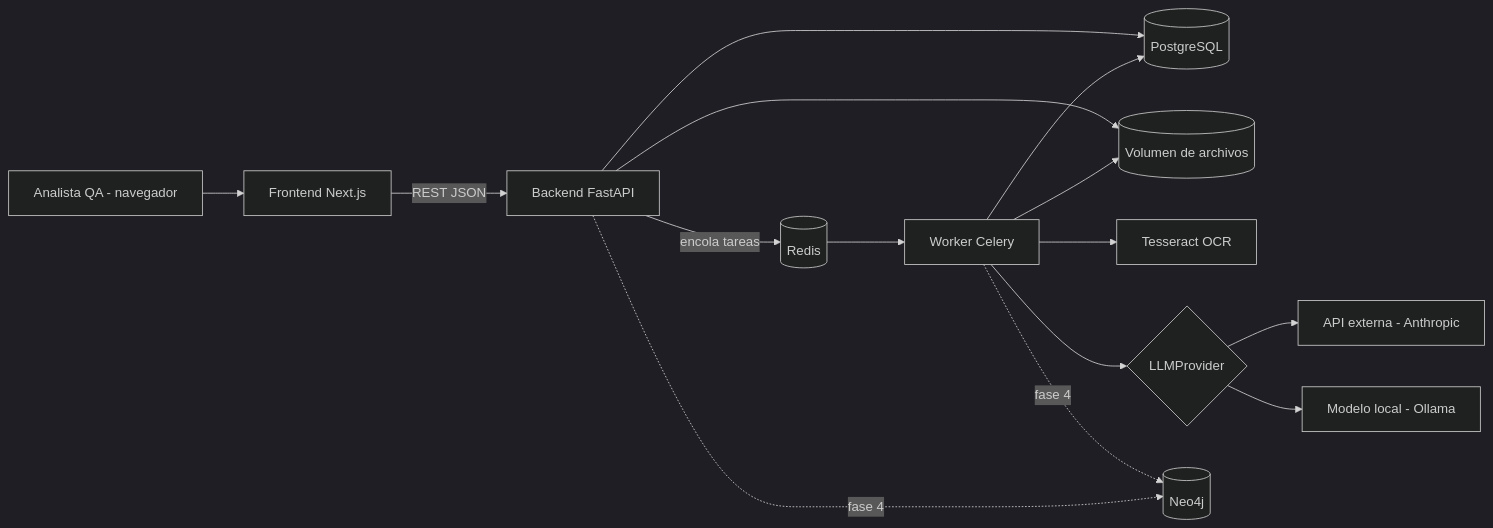
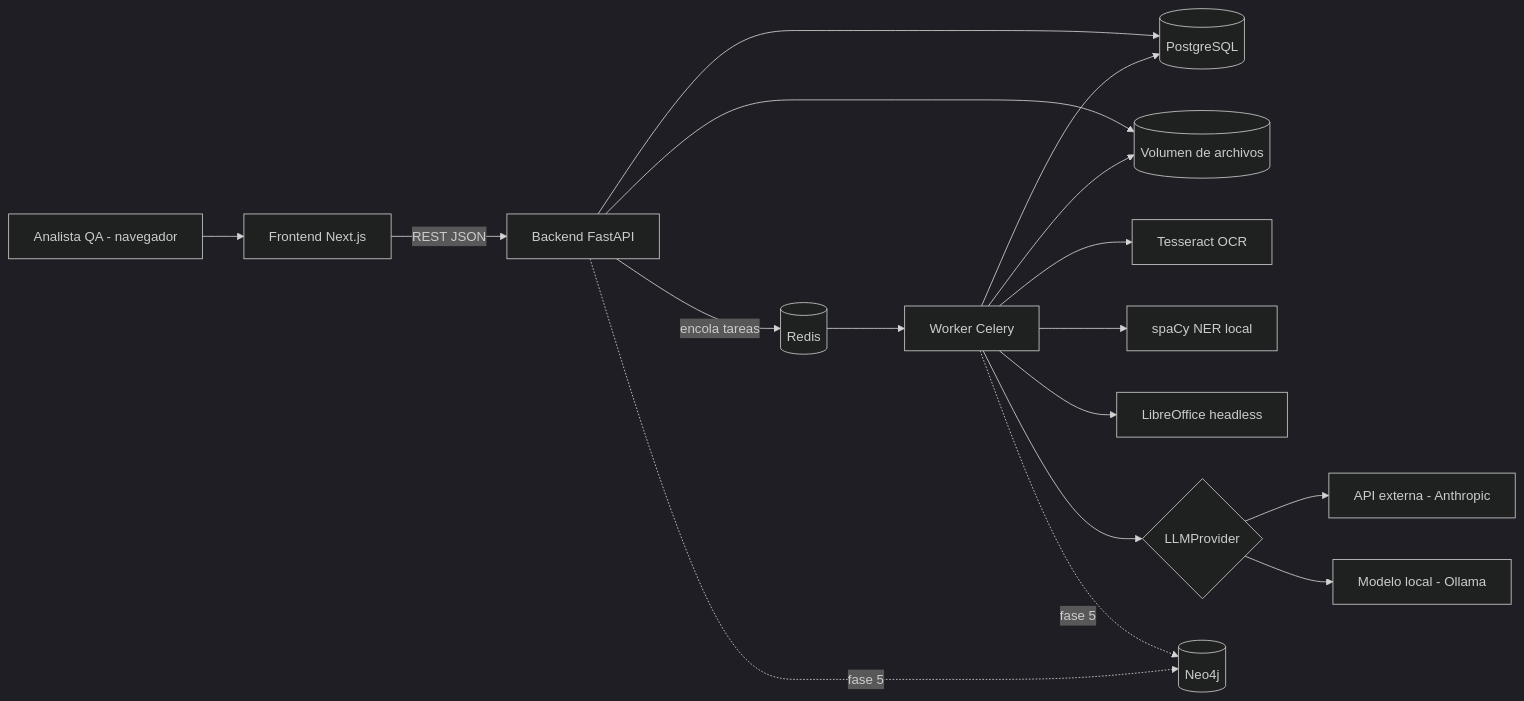
One commit to Sermicube/QA-PROJECT changed the diagram in docs/SPEC.md. Above: the diagram before and after it, drawn with Mermaid (dark theme). The commit also changed other lines of this file and 62 other files, not shown here.

````diff
--- a/docs/SPEC.md
+++ b/docs/SPEC.md
@@ -144,17 +243,19 @@
 ```mermaid
 flowchart LR
   U[Analista QA - navegador] --> FE[Frontend Next.js]
   FE -->|REST JSON| API[Backend FastAPI]
   API --> PG[(PostgreSQL)]
   API --> FS[(Volumen de archivos)]
   API -->|encola tareas| R[(Redis)]
   R --> W[Worker Celery]
   W --> PG
   W --> FS
   W --> OCR[Tesseract OCR]
+  W --> NER[spaCy NER local]
+  W --> LO[LibreOffice headless]
   W --> LLM{LLMProvider}
   LLM --> EXT[API externa - Anthropic]
   LLM --> LOC[Modelo local - Ollama]
-  W -.fase 4.-> N4J[(Neo4j)]
-  API -.fase 4.-> N4J
+  W -.fase 5.-> N4J[(Neo4j)]
+  API -.fase 5.-> N4J
 ```
````
